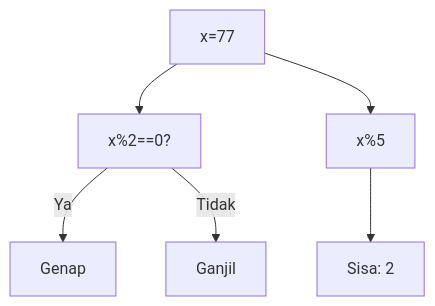
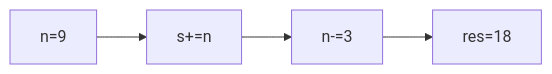
The fourth of 25 diagrams in part-c-pemahaman-cpp/03-perulangan/latihan/set-10.md (amnahwaida/OSNK_INF_PREP), drawn with Mermaid before and after one commit. The commit also changed other lines of this file and 71 other files, not shown here.

````diff
--- a/part-c-pemahaman-cpp/03-perulangan/latihan/set-10.md
+++ b/part-c-pemahaman-cpp/03-perulangan/latihan/set-10.md
@@ -110,8 +102,6 @@
 ```mermaid
-graph TD
-A["x=77"] --> B["x%2==0?"]
-B -- Ya --> C["Genap"]
-B -- Tidak --> D["Ganjil"]
-A --> E["x%5"]
-E --> F["Sisa: 2"]
+graph LR
+A["n=9"] --> B["s+=n"]
+B --> C["n-=3"]
+C --> D["res=18"]
 ```
````
